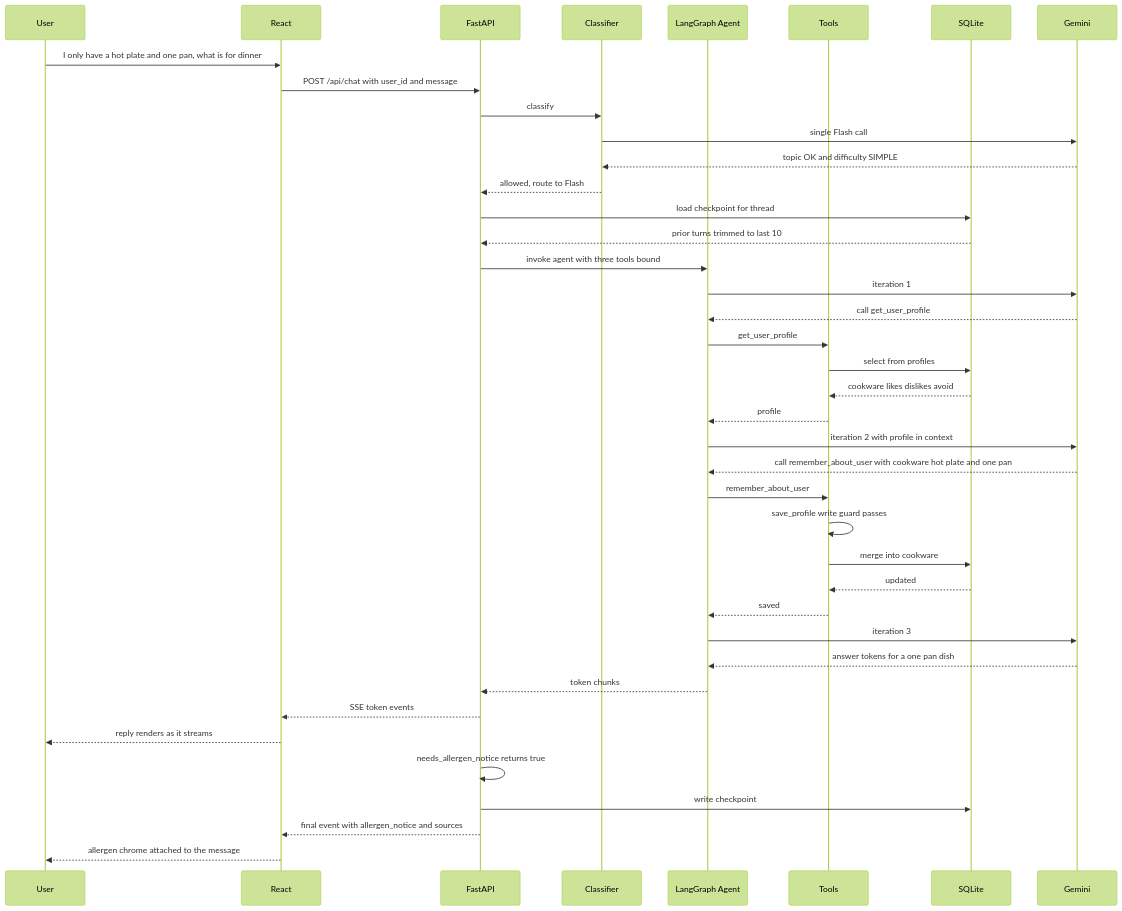
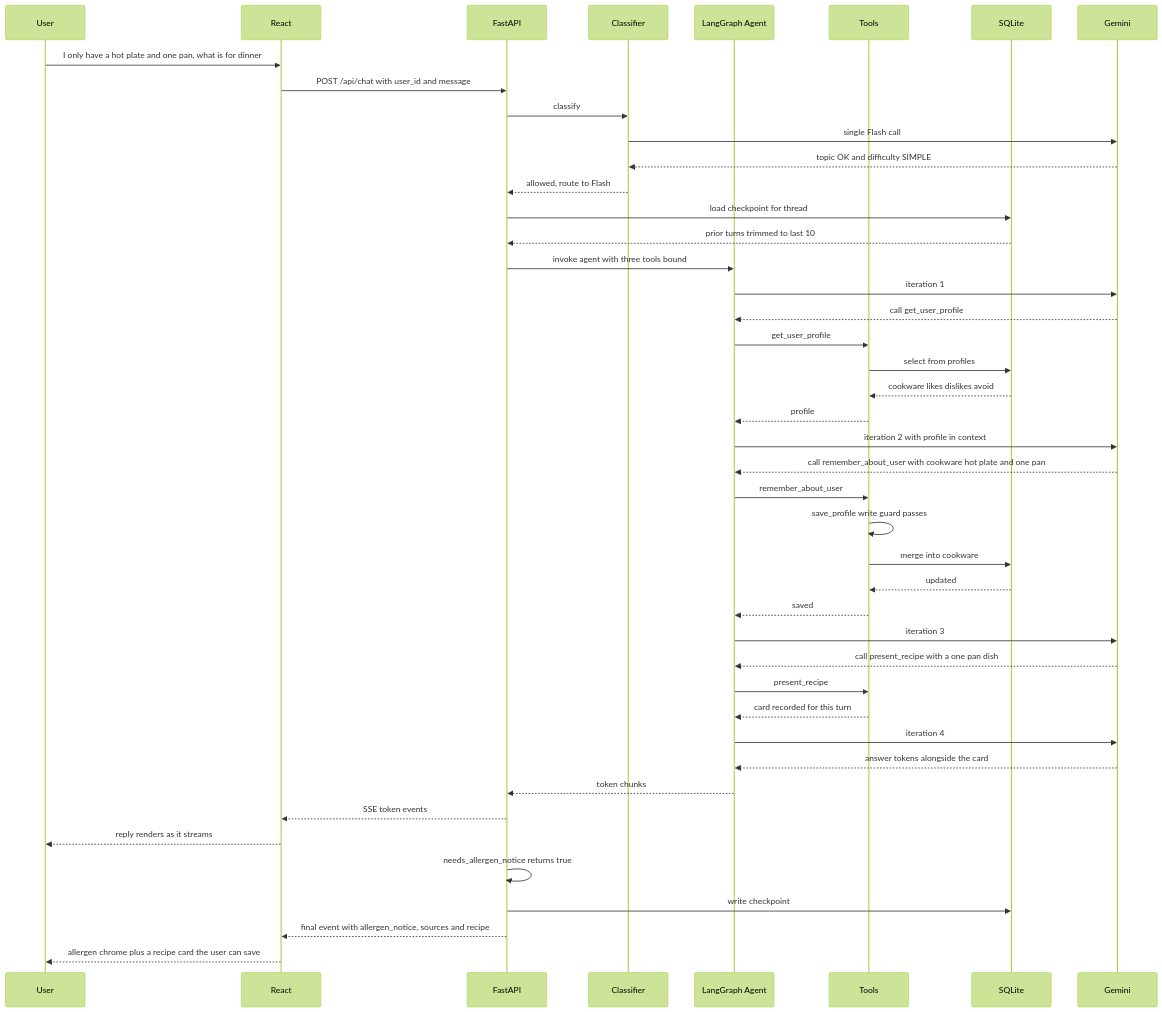
The fifth of 6 diagrams in docs/ARCHITECTURE.md (MuradAles/PantryPal), drawn with Mermaid (forest theme) before and after one commit. The commit also changed other lines of this file and 11 other files, not shown here.

````diff
--- a/docs/ARCHITECTURE.md
+++ b/docs/ARCHITECTURE.md
@@ -151,47 +174,52 @@
 ```mermaid
 sequenceDiagram
     participant U as User
     participant R as React
     participant F as FastAPI
     participant C as Classifier
     participant A as LangGraph Agent
     participant T as Tools
     participant P as SQLite
     participant G as Gemini
 
     U->>R: I only have a hot plate and one pan, what is for dinner
     R->>F: POST /api/chat with user_id and message
     F->>C: classify
     C->>G: single Flash call
     G-->>C: topic OK and difficulty SIMPLE
     C-->>F: allowed, route to Flash
     F->>P: load checkpoint for thread
     P-->>F: prior turns trimmed to last 10
     F->>A: invoke agent with three tools bound
 
     A->>G: iteration 1
     G-->>A: call get_user_profile
     A->>T: get_user_profile
     T->>P: select from profiles
     P-->>T: cookware likes dislikes avoid
     T-->>A: profile
 
     A->>G: iteration 2 with profile in context
     G-->>A: call remember_about_user with cookware hot plate and one pan
     A->>T: remember_about_user
     T->>T: save_profile write guard passes
     T->>P: merge into cookware
     P-->>T: updated
     T-->>A: saved
 
     A->>G: iteration 3
-    G-->>A: answer tokens for a one pan dish
+    G-->>A: call present_recipe with a one pan dish
+    A->>T: present_recipe
+    T-->>A: card recorded for this turn
+
+    A->>G: iteration 4
+    G-->>A: answer tokens alongside the card
     A-->>F: token chunks
     F-->>R: SSE token events
     R-->>U: reply renders as it streams
 
     F->>F: needs_allergen_notice returns true
     F->>P: write checkpoint
-    F-->>R: final event with allergen_notice and sources
-    R-->>U: allergen chrome attached to the message
+    F-->>R: final event with allergen_notice, sources and recipe
+    R-->>U: allergen chrome plus a recipe card the user can save
 ```
````
